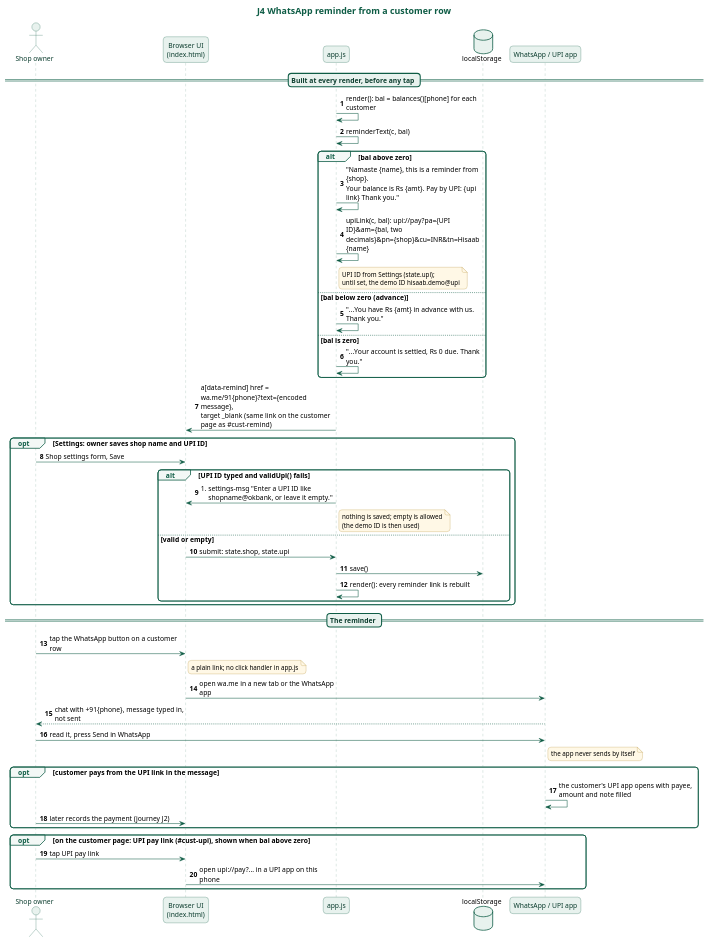
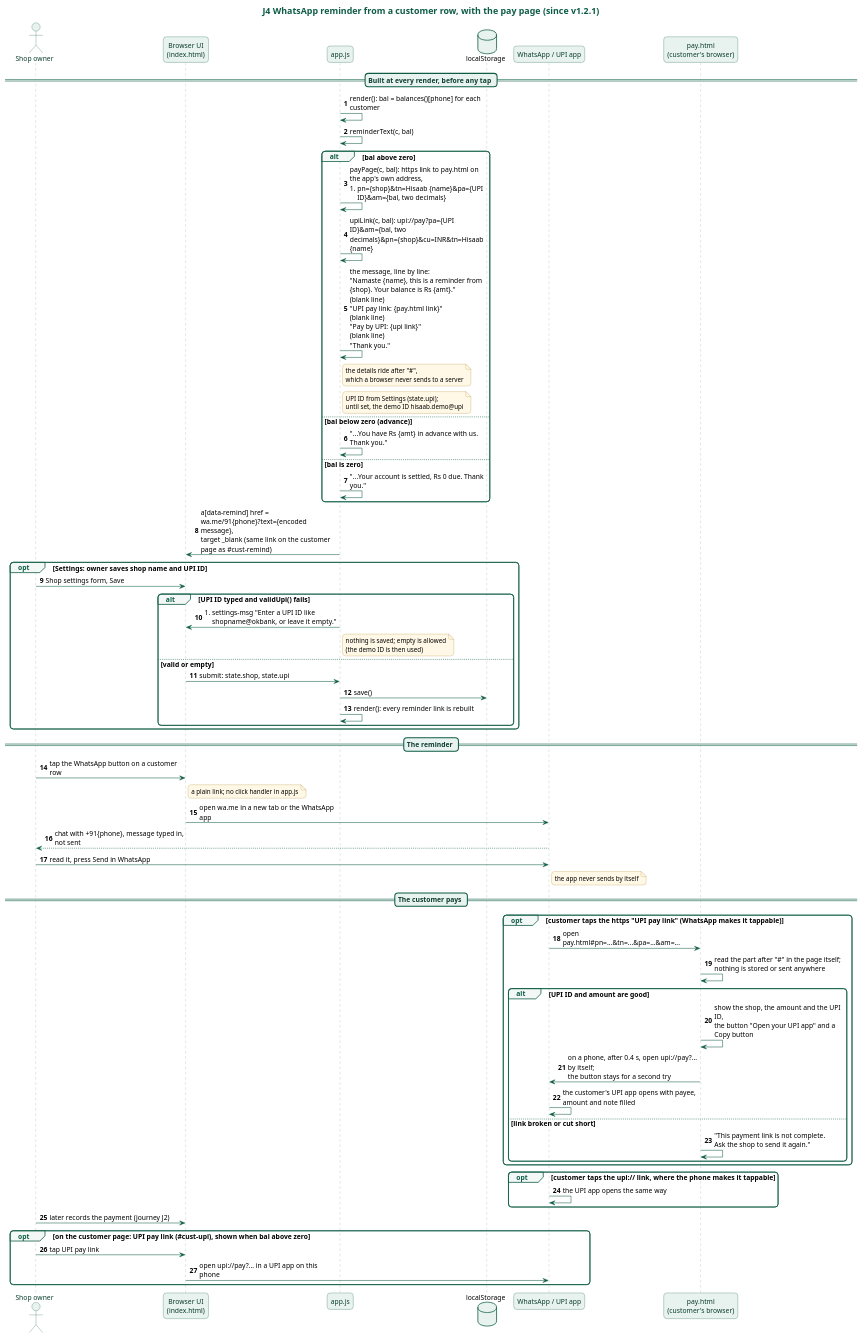
The diagram in docs/diagrams/j4-whatsapp-reminder.puml (karwasanjay007/hisaab-docs), drawn with PlantUML before and after one commit. The commit also changed 39 other files, not shown here.

First line of the commit message:
Version 1.2.3: layout that holds in every language, names in nine more scripts, a tappable pay link, other ways to send, the WhatsApp check; requirements, design, journeys, diagrams and evidence brought up to date after the baseline was approved

```diff
--- a/docs/diagrams/j4-whatsapp-reminder.puml
+++ b/docs/diagrams/j4-whatsapp-reminder.puml
@@ -1,85 +1,100 @@
 @startuml j4-whatsapp-reminder
-title J4 WhatsApp reminder from a customer row
+title J4 WhatsApp reminder from a customer row, with the pay page (since v1.2.1)
 skinparam backgroundColor white
 skinparam defaultFontName "Noto Sans"
 skinparam defaultFontSize 13
 skinparam roundCorner 12
 skinparam shadowing false
 skinparam maxMessageSize 260
 skinparam titleFontSize 17
 skinparam titleFontColor #0E5C45
 skinparam sequenceMessageAlign left
 skinparam responseMessageBelowArrow true
 skinparam sequence {
   ArrowColor #0E5C45
   LifeLineBorderColor #7FA89A
   LifeLineBackgroundColor #E8F2EE
   ParticipantBorderColor #0E5C45
   ParticipantBackgroundColor #E8F2EE
   ParticipantFontColor #0B3D2E
   ActorBorderColor #0E5C45
   ActorBackgroundColor #E8F2EE
   ActorFontColor #0B3D2E
   GroupBorderColor #0E5C45
   GroupHeaderFontColor #0E5C45
   GroupBackgroundColor #F3F8F6
   DividerBorderColor #0E5C45
   DividerBackgroundColor #E8F2EE
   DividerFontColor #0B3D2E
   BoxBorderColor #0E5C45
 }
 skinparam database {
   BorderColor #0E5C45
   BackgroundColor #E8F2EE
 }
 skinparam note {
   BorderColor #B08A2E
   BackgroundColor #FFF8E6
   FontSize 12
 }
 actor "Shop owner" as Owner
 participant "Browser UI\n(index.html)" as UI
 participant "app.js" as App
 database "localStorage" as LS
 participant "WhatsApp / UPI app" as WA
+participant "pay.html\n(customer's browser)" as Pay
 autonumber
 == Built at every render, before any tap ==
 App -> App : render(): bal = balances()[phone] for each customer
 App -> App : reminderText(c, bal)
 alt bal above zero
-  App -> App : "Namaste {name}, this is a reminder from {shop}.\nYour balance is Rs {amt}. Pay by UPI: {upi link} Thank you."
+  App -> App : payPage(c, bal): https link to pay.html on the app's own address,\n#pn={shop}&tn=Hisaab {name}&pa={UPI ID}&am={bal, two decimals}
   App -> App : upiLink(c, bal): upi:~//pay?pa={UPI ID}&am={bal, two decimals}&pn={shop}&cu=INR&tn=Hisaab {name}
+  App -> App : the message, line by line:\n"Namaste {name}, this is a reminder from {shop}. Your balance is Rs {amt}."\n(blank line)\n"UPI pay link: {pay.html link}"\n(blank line)\n"Pay by UPI: {upi link}"\n(blank line)\n"Thank you."
+  note right of App : the details ride after "#",\nwhich a browser never sends to a server
   note right of App : UPI ID from Settings (state.upi);\nuntil set, the demo ID hisaab.demo@upi
 else bal below zero (advance)
   App -> App : "...You have Rs {amt} in advance with us. Thank you."
 else bal is zero
   App -> App : "...Your account is settled, Rs 0 due. Thank you."
 end
 App -> UI : a[data-remind] href = wa.me/91{phone}?text={encoded message},\ntarget _blank (same link on the customer page as #cust-remind)
 opt Settings: owner saves shop name and UPI ID
   Owner -> UI : Shop settings form, Save
   alt UPI ID typed and validUpi() fails
     App -> UI : #settings-msg "Enter a UPI ID like shopname@okbank, or leave it empty."
     note right of App : nothing is saved; empty is allowed\n(the demo ID is then used)
   else valid or empty
     UI -> App : submit: state.shop, state.upi
     App -> LS : save()
     App -> App : render(): every reminder link is rebuilt
   end
 end
 == The reminder ==
 Owner -> UI : tap the WhatsApp button on a customer row
 note right of UI : a plain link; no click handler in app.js
 UI -> WA : open wa.me in a new tab or the WhatsApp app
 WA --> Owner : chat with +91{phone}, message typed in, not sent
 Owner -> WA : read it, press Send in WhatsApp
 note right of WA : the app never sends by itself
-opt customer pays from the UPI link in the message
-  WA -> WA : the customer's UPI app opens with payee, amount and note filled
-  Owner -> UI : later records the payment (journey J2)
+== The customer pays ==
+opt customer taps the https "UPI pay link" (WhatsApp makes it tappable)
+  WA -> Pay : open pay.html#pn=...&tn=...&pa=...&am=...
+  Pay -> Pay : read the part after "#" in the page itself;\nnothing is stored or sent anywhere
+  alt UPI ID and amount are good
+    Pay -> Pay : show the shop, the amount and the UPI ID,\nthe button "Open your UPI app" and a Copy button
+    Pay -> WA : on a phone, after 0.4 s, open upi:~//pay?... by itself;\nthe button stays for a second try
+    WA -> WA : the customer's UPI app opens with payee, amount and note filled
+  else link broken or cut short
+    Pay -> Pay : "This payment link is not complete.\nAsk the shop to send it again."
+  end
 end
+opt customer taps the upi:~// link, where the phone makes it tappable
+  WA -> WA : the UPI app opens the same way
+end
+Owner -> UI : later records the payment (journey J2)
 opt on the customer page: UPI pay link (#cust-upi), shown when bal above zero
   Owner -> UI : tap UPI pay link
   UI -> WA : open upi:~//pay?... in a UPI app on this phone
 end
 @enduml
```
